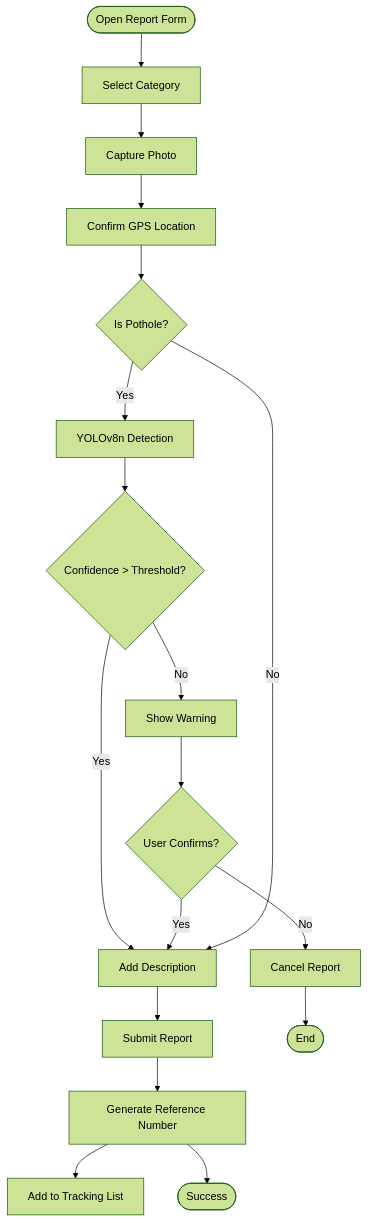
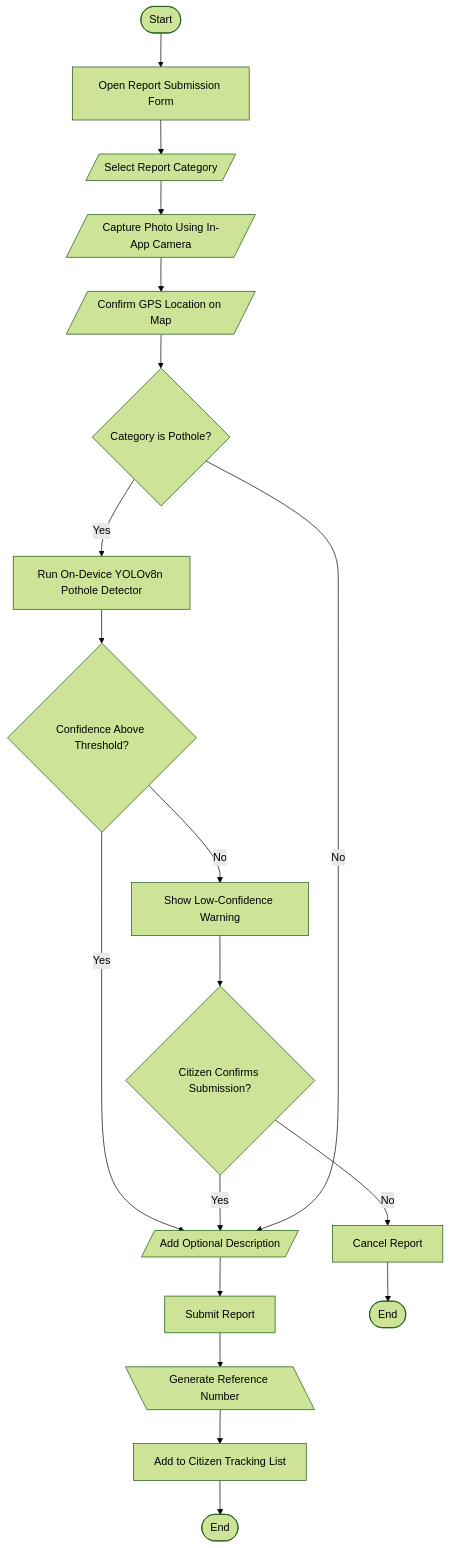
Diagram 14 of 25 in Manuscript/diagrams.md (MellowLaw/AGAPP), drawn with Mermaid (forest theme) before and after one commit. The commit also changed other lines of this file and 1 other file, not shown here.

Commit message:
feat: update diagrams and figures documentation with detailed flowcharts and wireframes for AGAPP

````diff
--- a/Manuscript/diagrams.md
+++ b/Manuscript/diagrams.md
@@ -297,22 +372,23 @@
 ```mermaid
 flowchart TD
-    Start([Open Report Form]) --> Category[Select Category]
-    Category --> Photo[Capture Photo]
-    Photo --> GPS[Confirm GPS Location]
-    GPS --> Check{Is Pothole?}
-    
-    Check -->|Yes| YOLO[YOLOv8n Detection]
-    YOLO --> Confidence{Confidence > Threshold?}
-    Confidence -->|Yes| Desc[Add Description]
-    Confidence -->|No| Warn[Show Warning]
-    Warn --> Confirm{User Confirms?}
+    Start([Start]) --> Form[Open Report Submission Form]
+    Form --> Category[/Select Report Category/]
+    Category --> Photo[/Capture Photo Using In-App Camera/]
+    Photo --> GPS[/Confirm GPS Location on Map/]
+    GPS --> Check{Category is Pothole?}
+
+    Check -->|Yes| YOLO[Run On-Device YOLOv8n Pothole Detector]
+    YOLO --> Confidence{Confidence Above Threshold?}
+    Confidence -->|Yes| Desc[/Add Optional Description/]
+    Confidence -->|No| Warn[Show Low-Confidence Warning]
+    Warn --> Confirm{Citizen Confirms Submission?}
     Confirm -->|Yes| Desc
     Confirm -->|No| Cancel[Cancel Report]
-    
+
     Check -->|No| Desc
     Desc --> Submit[Submit Report]
-    Submit --> Ref[Generate Reference Number]
-    Ref --> Track[Add to Tracking List]
-    Ref --> Success([Success])
+    Submit --> Ref[\Generate Reference Number\]
+    Ref --> Track[Add to Citizen Tracking List]
+    Track --> Success([End])
     Cancel --> End([End])
 ```
````
